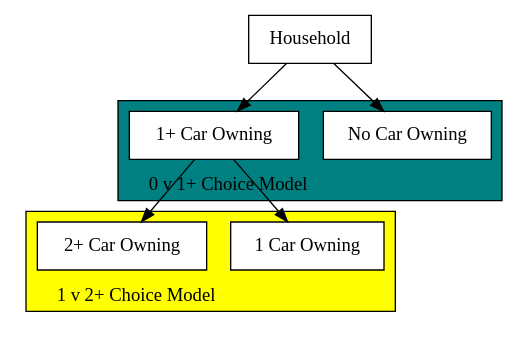
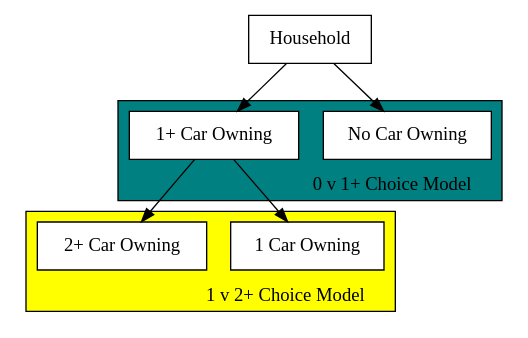
Before and after one commit to Transport-for-the-North/Land-Use: the diagram in docs/norcom.rst, drawn with Graphviz.

Commit message:
Flow chart update

```diff
--- a/docs/norcom.rst
+++ b/docs/norcom.rst
@@ -27,37 +27,37 @@
 .. graphviz::
 
     digraph G {
       rankdir="TB"
       node [shape=rectangle fillcolor="white"]
 
       subgraph cluster_car_owner {
         style=filled;
         bgcolor="teal";
         label="0 v 1+ Choice Model";
-        labeljust="l";
+        labeljust="r";
         labelloc="b";
         node [style=filled; fillcolor=white]
         no_car [label="No Car Owning"];
         car_owning [label="1+ Car Owning"];
 
       }
 
       subgraph cluster_multi_car_owner {
         style=filled;
         bgcolor="yellow";
         label="1 v 2+ Choice Model";
-        labeljust="l";
+        labeljust="r";
         labelloc="b";
         node [style=filled; fillcolor=white]
         single_car [label="1 Car Owning"];
         multi_car [label="2+ Car Owning"];
       }
 
       household [label="Household"]
 
       household -> no_car
       household -> car_owning
 
       car_owning -> single_car
       car_owning -> multi_car
     }
```
